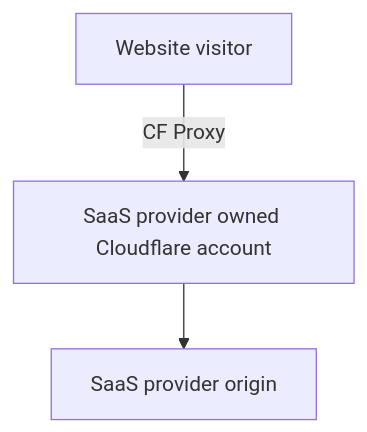
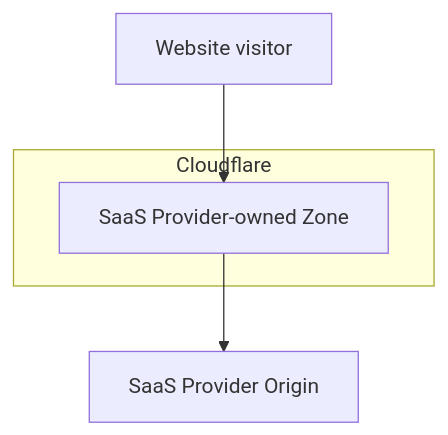
The first of 2 diagrams in content/cloudflare-for-platforms/cloudflare-for-saas/saas-customers/how-it-works.md (rdhanarot/cloudflare-docs), drawn with Mermaid before and after one commit. The commit also changed other lines of this file, not shown here.

````diff
--- a/content/cloudflare-for-platforms/cloudflare-for-saas/saas-customers/how-it-works.md
+++ b/content/cloudflare-for-platforms/cloudflare-for-saas/saas-customers/how-it-works.md
@@ -17,11 +21,15 @@
 ```mermaid
 flowchart TD
 accTitle: Your zone using a SaaS provider, but without O2O
 
 A[Website visitor]
-B[SaaS provider owned Cloudflare account]
-C[SaaS provider origin]
 
-A -->|CF Proxy| B
+subgraph Cloudflare
+    B[SaaS Provider-owned Zone]
+end
+
+C[SaaS Provider Origin]
+
+A --> B
 B --> C
 ```
````
